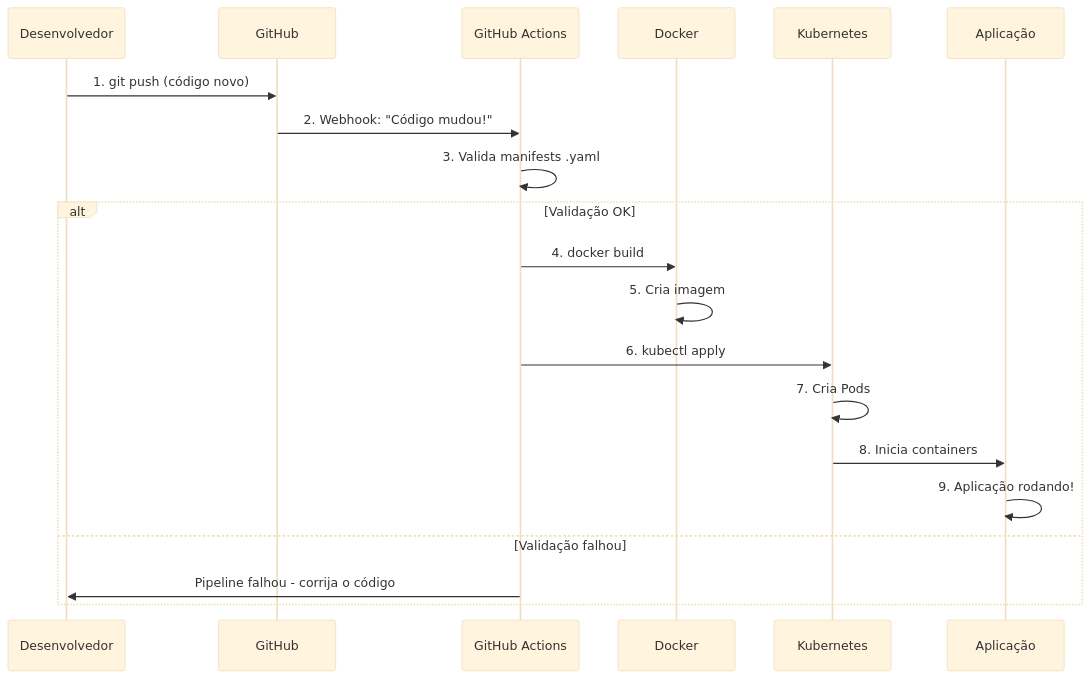
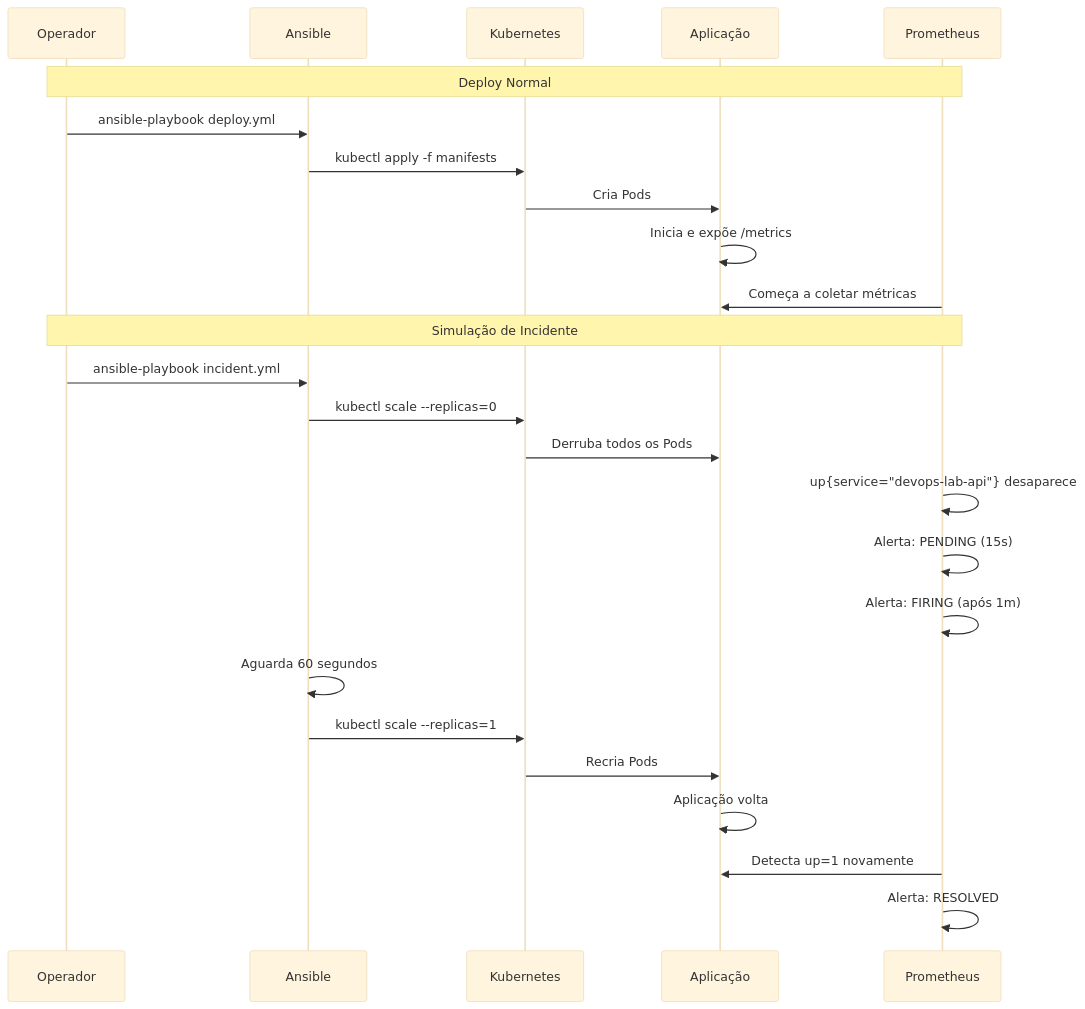
Before and after one commit to CarlosZambonii/kubernetsProjeto: the third of 6 diagrams in README.md, drawn with Mermaid (base theme). The commit also changed other lines of this file, not shown here.

````diff
--- a/README.md
+++ b/README.md
@@ -130,25 +142,34 @@
 ```mermaid
 sequenceDiagram
-    participant Dev as  Desenvolvedor
-    participant Git as  GitHub
-    participant CI as  GitHub Actions
-    participant Docker as  Docker
-    participant K8s as  Kubernetes
-    participant App as  Aplicação
-
-    Dev->>Git: 1. git push (código novo)
-    Git->>CI: 2. Webhook: "Código mudou!"
+    participant Ops as Operador
+    participant Ansible as Ansible
+    participant K8s as Kubernetes
+    participant App as Aplicação
+    participant Prom as Prometheus
     
-    CI->>CI: 3. Valida manifests .yaml
+    Note over Ops,Prom: Deploy Normal
     
-    alt  Validação OK
-        CI->>Docker: 4. docker build
-        Docker->>Docker: 5. Cria imagem
-        CI->>K8s: 6. kubectl apply
-        K8s->>K8s: 7. Cria Pods
-        K8s->>App: 8. Inicia containers
-        App->>App: 9.  Aplicação rodando!
-    else  Validação falhou
-        CI->>Dev:  Pipeline falhou - corrija o código
-    end
+    Ops->>Ansible: ansible-playbook deploy.yml
+    Ansible->>K8s: kubectl apply -f manifests
+    K8s->>App: Cria Pods
+    App->>App: Inicia e expõe /metrics
+    Prom->>App: Começa a coletar métricas
+    
+    Note over Ops,Prom: Simulação de Incidente
+    
+    Ops->>Ansible: ansible-playbook incident.yml
+    Ansible->>K8s: kubectl scale --replicas=0
+    K8s->>App: Derruba todos os Pods
+    
+    Prom->>Prom: up{service="devops-lab-api"} desaparece
+    Prom->>Prom: Alerta: PENDING (15s)
+    Prom->>Prom: Alerta: FIRING (após 1m)
+    
+    Ansible->>Ansible: Aguarda 60 segundos
+    Ansible->>K8s: kubectl scale --replicas=1
+    K8s->>App: Recria Pods
+    App->>App: Aplicação volta
+    
+    Prom->>App: Detecta up=1 novamente
+    Prom->>Prom: Alerta: RESOLVED
 ```
````
